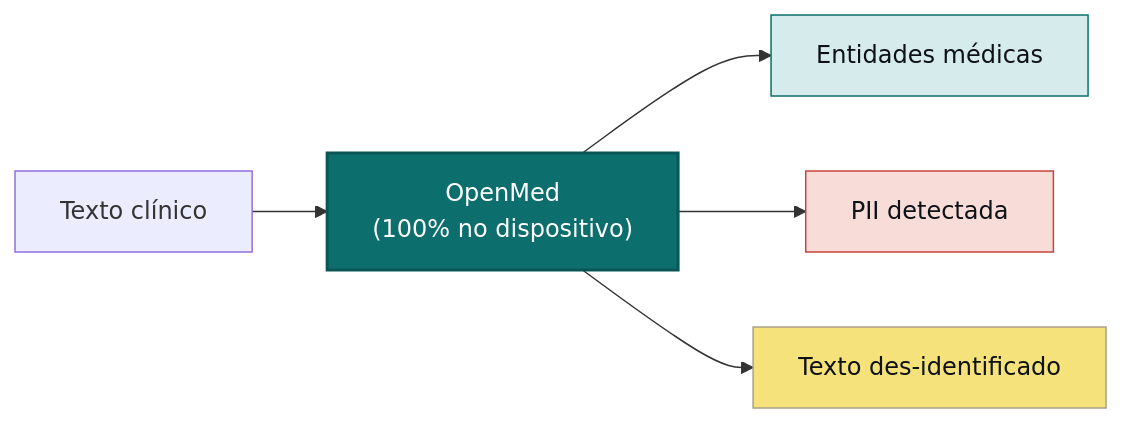
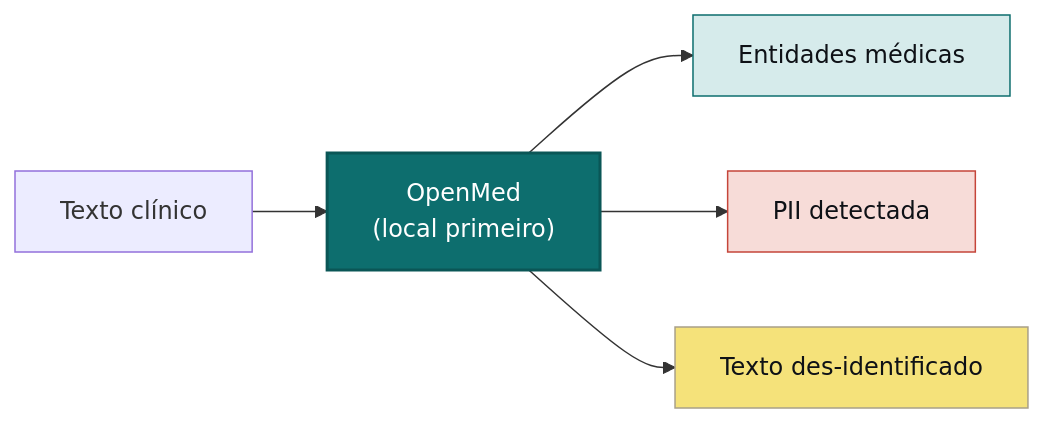
One commit to maziyarpanahi/openmed changed the diagram in README.pt.md. Above: the diagram before and after it, drawn with Mermaid. The commit also changed other lines of this file, not shown here.

````diff
--- a/README.pt.md
+++ b/README.pt.md
@@ -126,11 +119,11 @@
 ```mermaid
 flowchart LR
-    A["Texto clínico"] --> B["OpenMed<br/>(100% no dispositivo)"]
+    A["Texto clínico"] --> B["OpenMed<br/>(local primeiro)"]
     B --> C["Entidades médicas"]
     B --> D["PII detectada"]
     B --> E["Texto des-identificado"]
     style B fill:#0D6E6E,stroke:#0A5656,stroke-width:2px,color:#ffffff
     style C fill:#D6EBEB,stroke:#0D6E6E,color:#0E1116
     style D fill:#F7DCD8,stroke:#C5453A,color:#0E1116
     style E fill:#F5E27A,stroke:#A9A088,color:#0E1116
 ```
````
